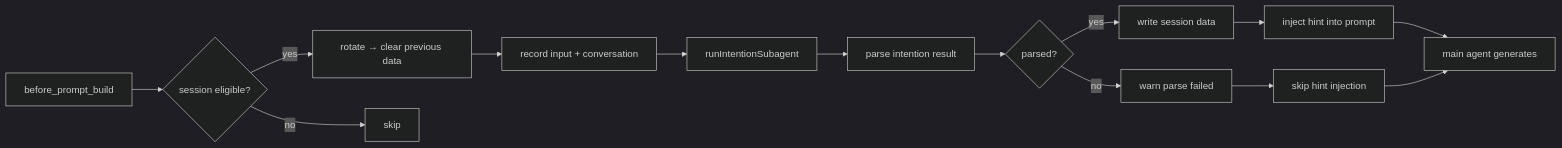
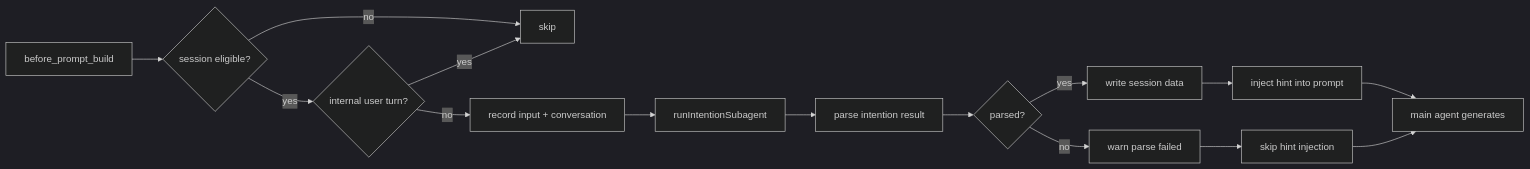
One commit to ani6439walc/openclaw-plugin-skill-harness changed the diagram in README.md. Above: the diagram before and after it, drawn with Mermaid (dark theme). The commit also changed other lines of this file and 6 other files, not shown here.

````diff
--- a/README.md
+++ b/README.md
@@ -60,16 +60,17 @@
 ```mermaid
 graph LR
     A[before_prompt_build] --> B{session eligible?}
-    B -->|yes| C[rotate → clear previous data]
+    B -->|yes| C{internal user turn?}
     B -->|no| Z[skip]
-    C --> D[record input + conversation]
+    C -->|yes| Z
+    C -->|no| D[record input + conversation]
     D --> E[runIntentionSubagent]
     E --> F[parse intention result]
     F --> G{parsed?}
     G -->|yes| H[write session data]
     G -->|no| I[warn parse failed]
     H --> J[inject hint into prompt]
     I --> K[skip hint injection]
     J --> L[main agent generates]
     K --> L
 ```
````
